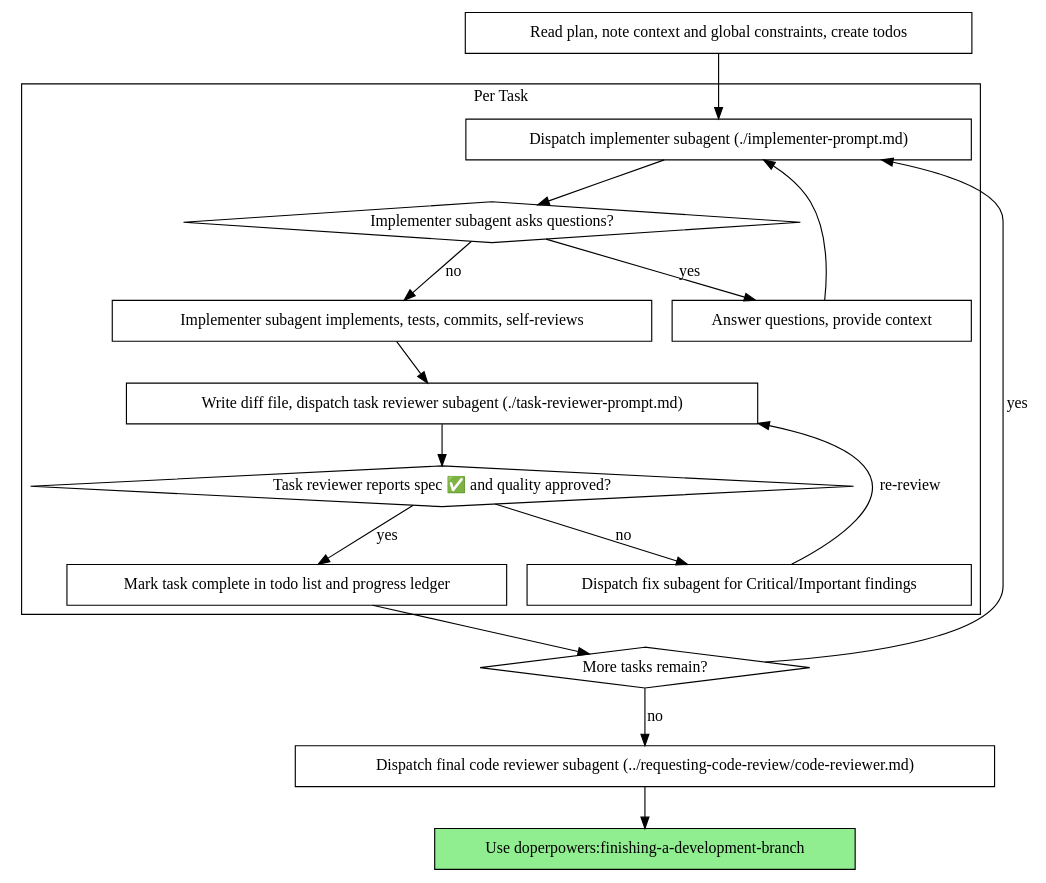
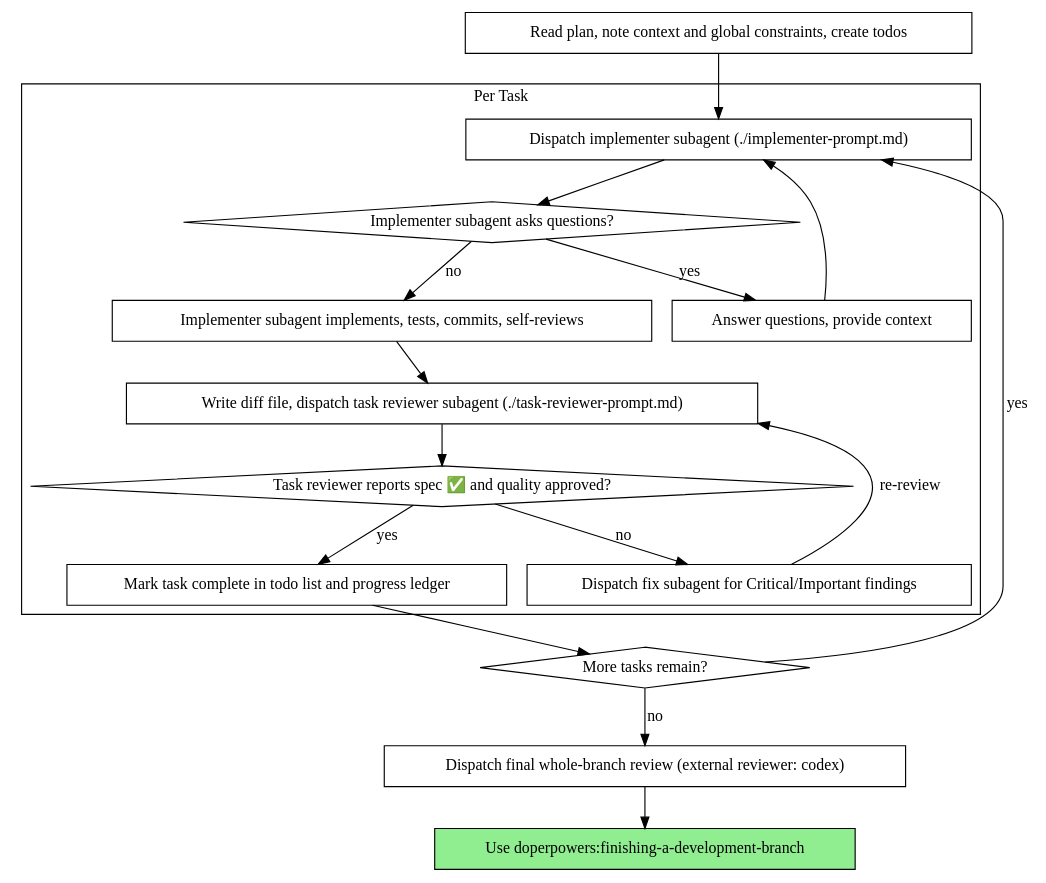
The second of 2 diagrams in skills/subagent-driven-development/SKILL.md (SSFSKIM/doperpowers), drawn with Graphviz before and after one commit. The commit also changed other lines of this file and 1 other file, not shown here.

Commit message:
fix(skills): repoint final-review refs to external reviewer after skill removal
c16282d removed requesting-code-review and receiving-code-review but left
six references in live skills — execplan's exit gate and subagent-driven-
development's flowchart, prompt-templates list, and integration list still
dispatched the deleted skill (and linked its deleted code-reviewer.md).
Repoint them to the actual practice: external codex native review, with a
fresh Claude reviewer subagent as fallback.

````diff
--- a/skills/subagent-driven-development/SKILL.md
+++ b/skills/subagent-driven-development/SKILL.md
@@ -47,37 +47,37 @@
 ```dot
 digraph process {
     rankdir=TB;
 
     subgraph cluster_per_task {
         label="Per Task";
         "Dispatch implementer subagent (./implementer-prompt.md)" [shape=box];
         "Implementer subagent asks questions?" [shape=diamond];
         "Answer questions, provide context" [shape=box];
         "Implementer subagent implements, tests, commits, self-reviews" [shape=box];
         "Write diff file, dispatch task reviewer subagent (./task-reviewer-prompt.md)" [shape=box];
         "Task reviewer reports spec ✅ and quality approved?" [shape=diamond];
         "Dispatch fix subagent for Critical/Important findings" [shape=box];
         "Mark task complete in todo list and progress ledger" [shape=box];
     }
 
     "Read plan, note context and global constraints, create todos" [shape=box];
     "More tasks remain?" [shape=diamond];
-    "Dispatch final code reviewer subagent (../requesting-code-review/code-reviewer.md)" [shape=box];
+    "Dispatch final whole-branch review (external reviewer: codex)" [shape=box];
     "Use doperpowers:finishing-a-development-branch" [shape=box style=filled fillcolor=lightgreen];
 
     "Read plan, note context and global constraints, create todos" -> "Dispatch implementer subagent (./implementer-prompt.md)";
     "Dispatch implementer subagent (./implementer-prompt.md)" -> "Implementer subagent asks questions?";
     "Implementer subagent asks questions?" -> "Answer questions, provide context" [label="yes"];
     "Answer questions, provide context" -> "Dispatch implementer subagent (./implementer-prompt.md)";
     "Implementer subagent asks questions?" -> "Implementer subagent implements, tests, commits, self-reviews" [label="no"];
     "Implementer subagent implements, tests, commits, self-reviews" -> "Write diff file, dispatch task reviewer subagent (./task-reviewer-prompt.md)";
     "Write diff file, dispatch task reviewer subagent (./task-reviewer-prompt.md)" -> "Task reviewer reports spec ✅ and quality approved?";
     "Task reviewer reports spec ✅ and quality approved?" -> "Dispatch fix subagent for Critical/Important findings" [label="no"];
     "Dispatch fix subagent for Critical/Important findings" -> "Write diff file, dispatch task reviewer subagent (./task-reviewer-prompt.md)" [label="re-review"];
     "Task reviewer reports spec ✅ and quality approved?" -> "Mark task complete in todo list and progress ledger" [label="yes"];
     "Mark task complete in todo list and progress ledger" -> "More tasks remain?";
     "More tasks remain?" -> "Dispatch implementer subagent (./implementer-prompt.md)" [label="yes"];
-    "More tasks remain?" -> "Dispatch final code reviewer subagent (../requesting-code-review/code-reviewer.md)" [label="no"];
-    "Dispatch final code reviewer subagent (../requesting-code-review/code-reviewer.md)" -> "Use doperpowers:finishing-a-development-branch";
+    "More tasks remain?" -> "Dispatch final whole-branch review (external reviewer: codex)" [label="no"];
+    "Dispatch final whole-branch review (external reviewer: codex)" -> "Use doperpowers:finishing-a-development-branch";
 }
 ```
````
